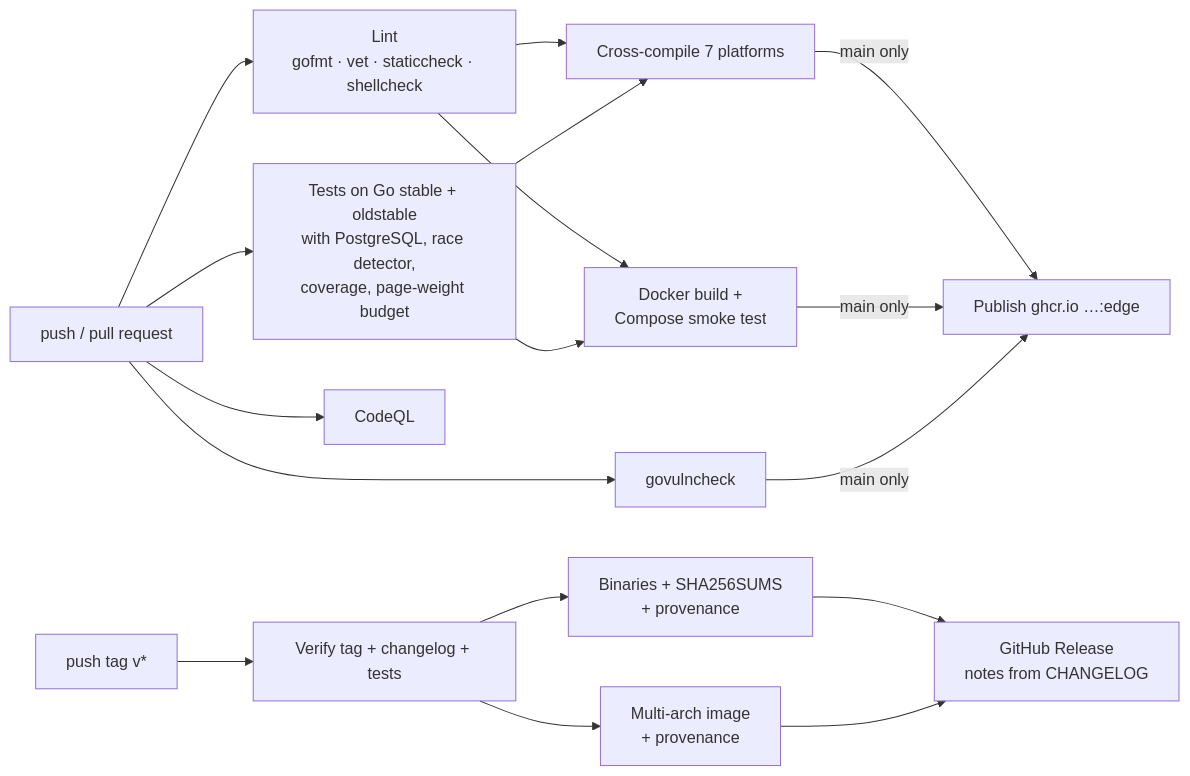
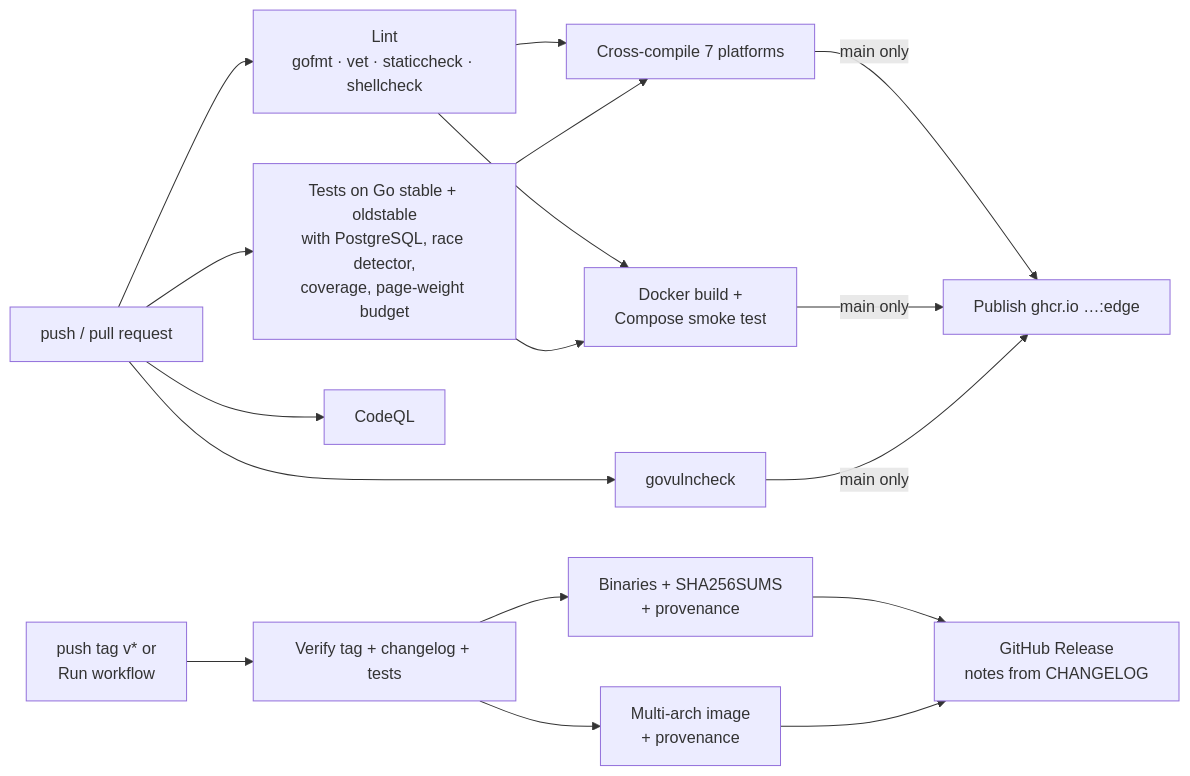
One commit to lobojoel2003/Accountedfor changed the second of 2 diagrams in README.md. Above: the diagram before and after it, drawn with Mermaid. The commit also changed other lines of this file and 2 other files, not shown here.

First line of the commit message:
Allow starting a release from the Actions tab

````diff
--- a/README.md
+++ b/README.md
@@ -353,11 +353,11 @@
 ```mermaid
 flowchart LR
   A[push / pull request] --> L[Lint<br/>gofmt · vet · staticcheck · shellcheck]
   A --> T[Tests on Go stable + oldstable<br/>with PostgreSQL, race detector,<br/>coverage, page-weight budget]
   A --> V[govulncheck]
   A --> Q[CodeQL]
   L & T --> B[Cross-compile 7 platforms]
   L & T --> D[Docker build +<br/>Compose smoke test]
   B & D & V -->|main only| E[Publish ghcr.io …:edge]
-  R[push tag v*] --> RV[Verify tag + changelog + tests] --> RB[Binaries + SHA256SUMS<br/>+ provenance] & RI[Multi-arch image<br/>+ provenance] --> GR[GitHub Release<br/>notes from CHANGELOG]
+  R[push tag v* or<br/>Run workflow] --> RV[Verify tag + changelog + tests] --> RB[Binaries + SHA256SUMS<br/>+ provenance] & RI[Multi-arch image<br/>+ provenance] --> GR[GitHub Release<br/>notes from CHANGELOG]
 ```
````
